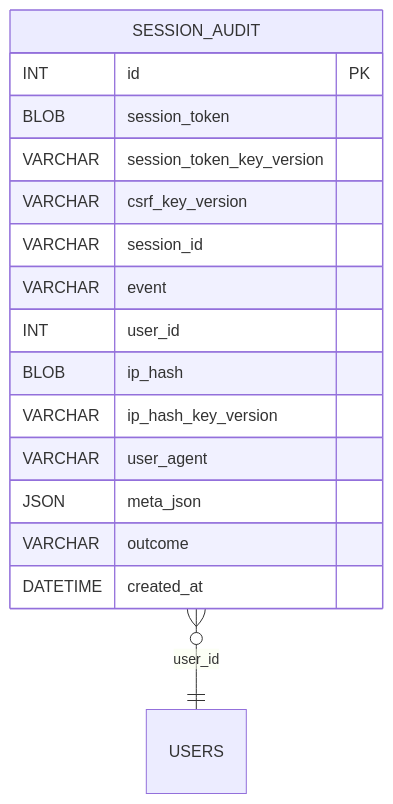
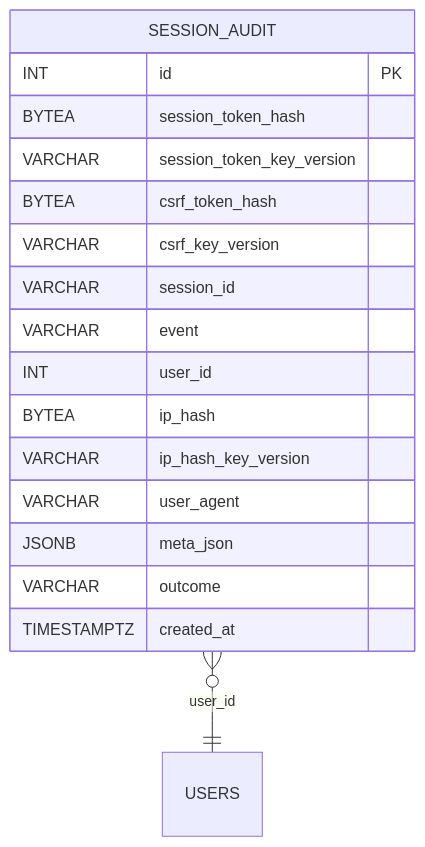
One commit to blackcatdatabase/table-session-audit changed the diagram in README.md. Above: the diagram before and after it, drawn with Mermaid. The commit also changed other lines of this file and 26 other files, not shown here.

First line of the commit message:
Regen schema (#1)

````diff
--- a/README.md
+++ b/README.md
@@ -59,19 +63,20 @@
 ```mermaid
 erDiagram
   SESSION_AUDIT {
     INT id PK
-    BLOB session_token
+    BYTEA session_token_hash
     VARCHAR session_token_key_version
+    BYTEA csrf_token_hash
     VARCHAR csrf_key_version
     VARCHAR session_id
     VARCHAR event
     INT user_id
-    BLOB ip_hash
+    BYTEA ip_hash
     VARCHAR ip_hash_key_version
     VARCHAR user_agent
-    JSON meta_json
+    JSONB meta_json
     VARCHAR outcome
-    DATETIME created_at
+    TIMESTAMPTZ created_at
   }
   SESSION_AUDIT }o--|| USERS : "user_id"
 ```
````
